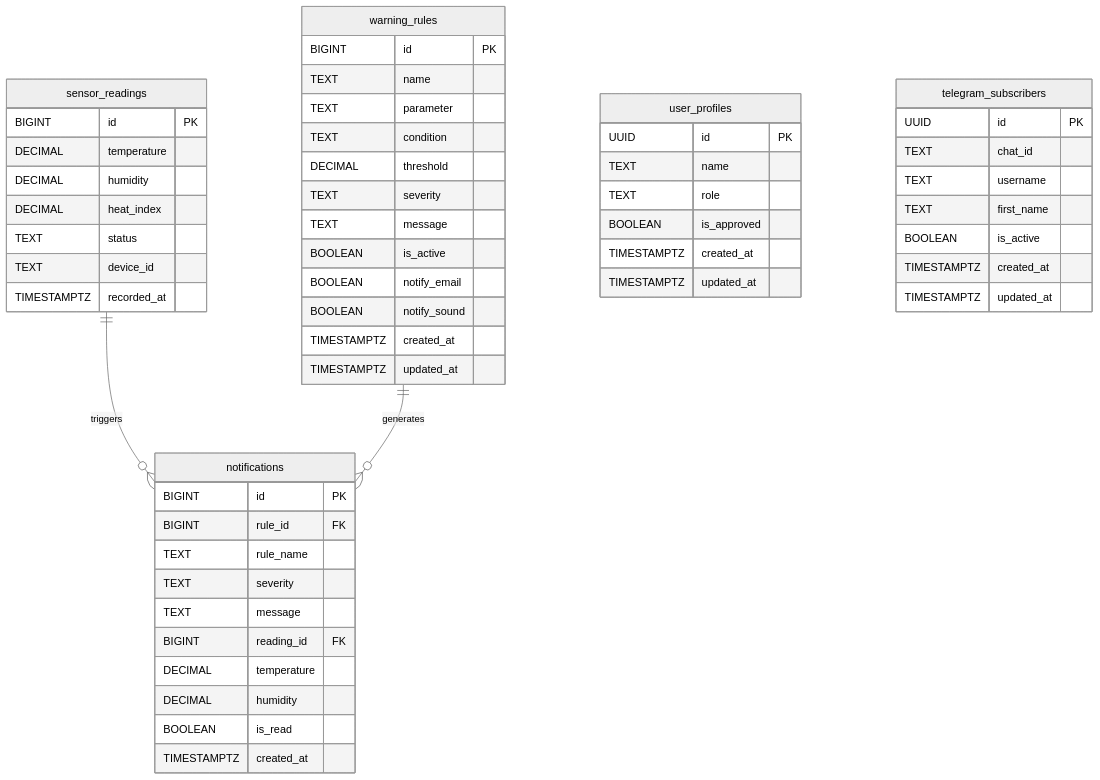
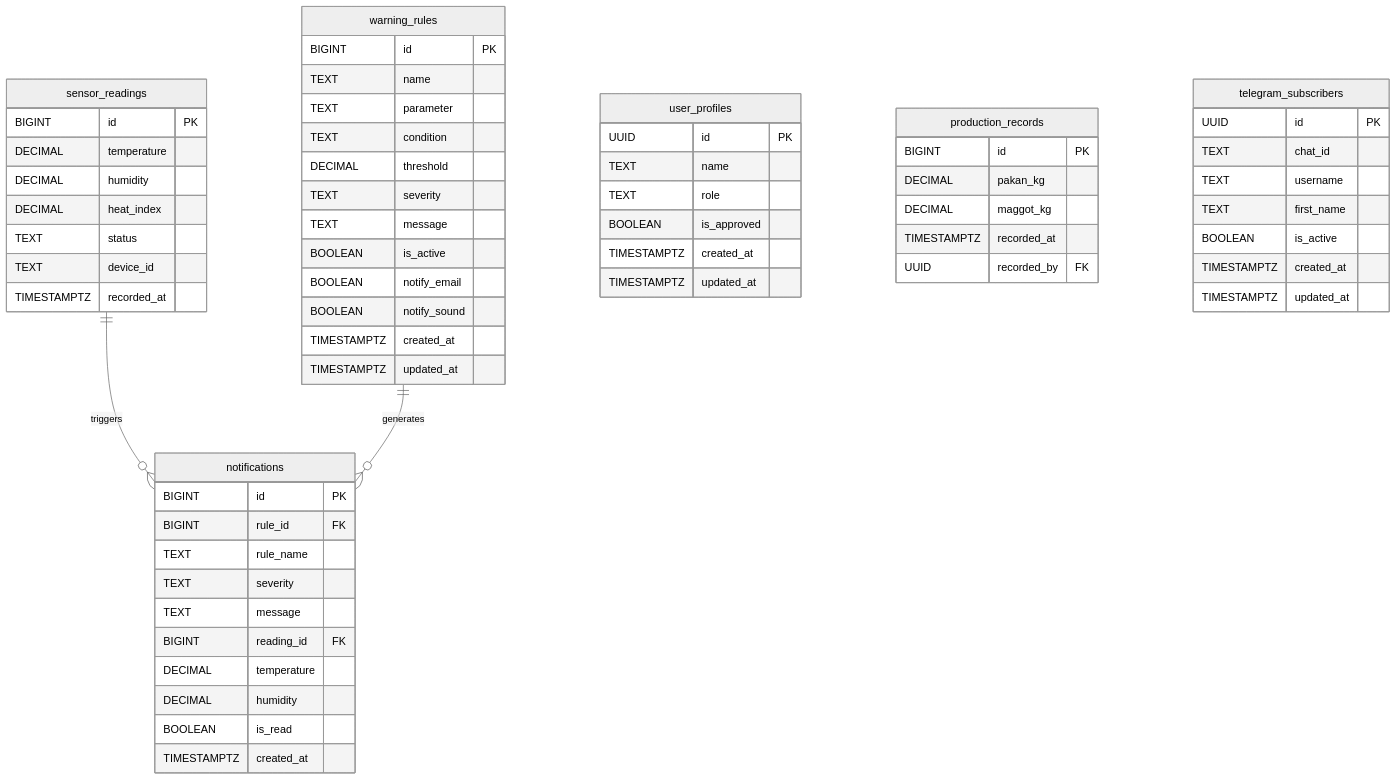
The third of 5 diagrams in README.md (boyishwara/omaggot), drawn with Mermaid (neutral theme) before and after one commit. The commit also changed other lines of this file and 10 other files, not shown here.

Commit message:
feat: implement full dashboard suite including reporting, production input, Telegram bot integration, and Supabase schema.

````diff
--- a/README.md
+++ b/README.md
@@ -85,62 +85,70 @@
 ```mermaid
 erDiagram
     sensor_readings ||--o{ notifications : triggers
     warning_rules ||--o{ notifications : generates
 
     sensor_readings {
         BIGINT id PK
         DECIMAL temperature
         DECIMAL humidity
         DECIMAL heat_index
         TEXT status
         TEXT device_id
         TIMESTAMPTZ recorded_at
     }
 
     warning_rules {
         BIGINT id PK
         TEXT name
         TEXT parameter
         TEXT condition
         DECIMAL threshold
         TEXT severity
         TEXT message
         BOOLEAN is_active
         BOOLEAN notify_email
         BOOLEAN notify_sound
         TIMESTAMPTZ created_at
         TIMESTAMPTZ updated_at
     }
 
     notifications {
         BIGINT id PK
         BIGINT rule_id FK
         TEXT rule_name
         TEXT severity
         TEXT message
         BIGINT reading_id FK
         DECIMAL temperature
         DECIMAL humidity
         BOOLEAN is_read
         TIMESTAMPTZ created_at
     }
 
     user_profiles {
         UUID id PK
         TEXT name
         TEXT role
         BOOLEAN is_approved
         TIMESTAMPTZ created_at
         TIMESTAMPTZ updated_at
     }
 
+    production_records {
+        BIGINT id PK
+        DECIMAL pakan_kg
+        DECIMAL maggot_kg
+        TIMESTAMPTZ recorded_at
+        UUID recorded_by FK
+    }
+
     telegram_subscribers {
         UUID id PK
         TEXT chat_id
         TEXT username
         TEXT first_name
         BOOLEAN is_active
         TIMESTAMPTZ created_at
         TIMESTAMPTZ updated_at
     }
 ```
````
